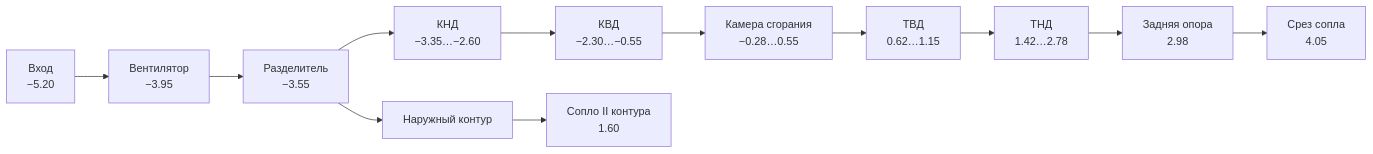
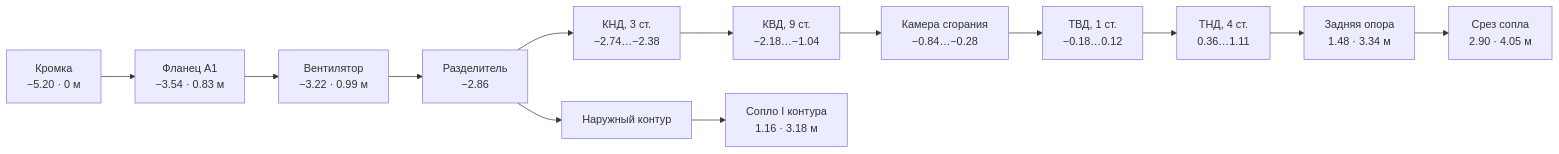
Before and after one commit to jubbon/jet-engine-3d: the diagram in docs/02-geometry.md, drawn with Mermaid. The commit also changed other lines of this file and 7 other files, not shown here.

````diff
--- a/docs/02-geometry.md
+++ b/docs/02-geometry.md
@@ -22,13 +31,14 @@
 ```mermaid
 flowchart LR
-  A["Вход<br/>−5.20"] --> B["Вентилятор<br/>−3.95"]
-  B --> C["Разделитель<br/>−3.55"]
-  C --> D["КНД<br/>−3.35…−2.60"]
-  D --> E["КВД<br/>−2.30…−0.55"]
-  E --> F["Камера сгорания<br/>−0.28…0.55"]
-  F --> G["ТВД<br/>0.62…1.15"]
-  G --> H["ТНД<br/>1.42…2.78"]
-  H --> I["Задняя опора<br/>2.98"]
-  I --> J["Срез сопла<br/>4.05"]
-  C --> K["Наружный контур"] --> L["Сопло II контура<br/>1.60"]
+  A["Кромка<br/>−5.20 · 0 м"] --> A1["Фланец A1<br/>−3.54 · 0.83 м"]
+  A1 --> B["Вентилятор<br/>−3.22 · 0.99 м"]
+  B --> C["Разделитель<br/>−2.86"]
+  C --> D["КНД, 3 ст.<br/>−2.74…−2.38"]
+  D --> E["КВД, 9 ст.<br/>−2.18…−1.04"]
+  E --> F["Камера сгорания<br/>−0.84…−0.28"]
+  F --> G["ТВД, 1 ст.<br/>−0.18…0.12"]
+  G --> H["ТНД, 4 ст.<br/>0.36…1.11"]
+  H --> I["Задняя опора<br/>1.48 · 3.34 м"]
+  I --> J["Срез сопла<br/>2.90 · 4.05 м"]
+  C --> K["Наружный контур"] --> L["Сопло I контура<br/>1.16 · 3.18 м"]
 ```
````
